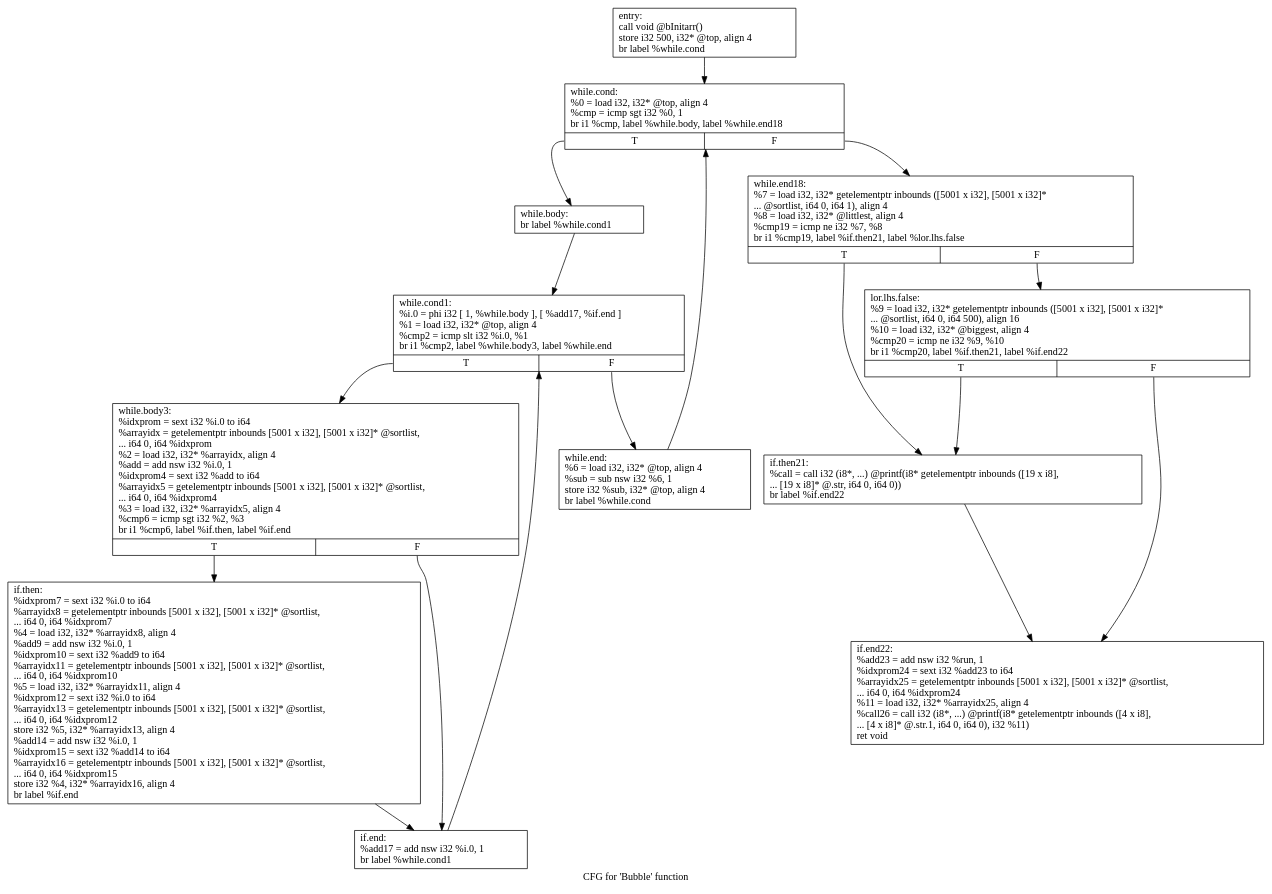
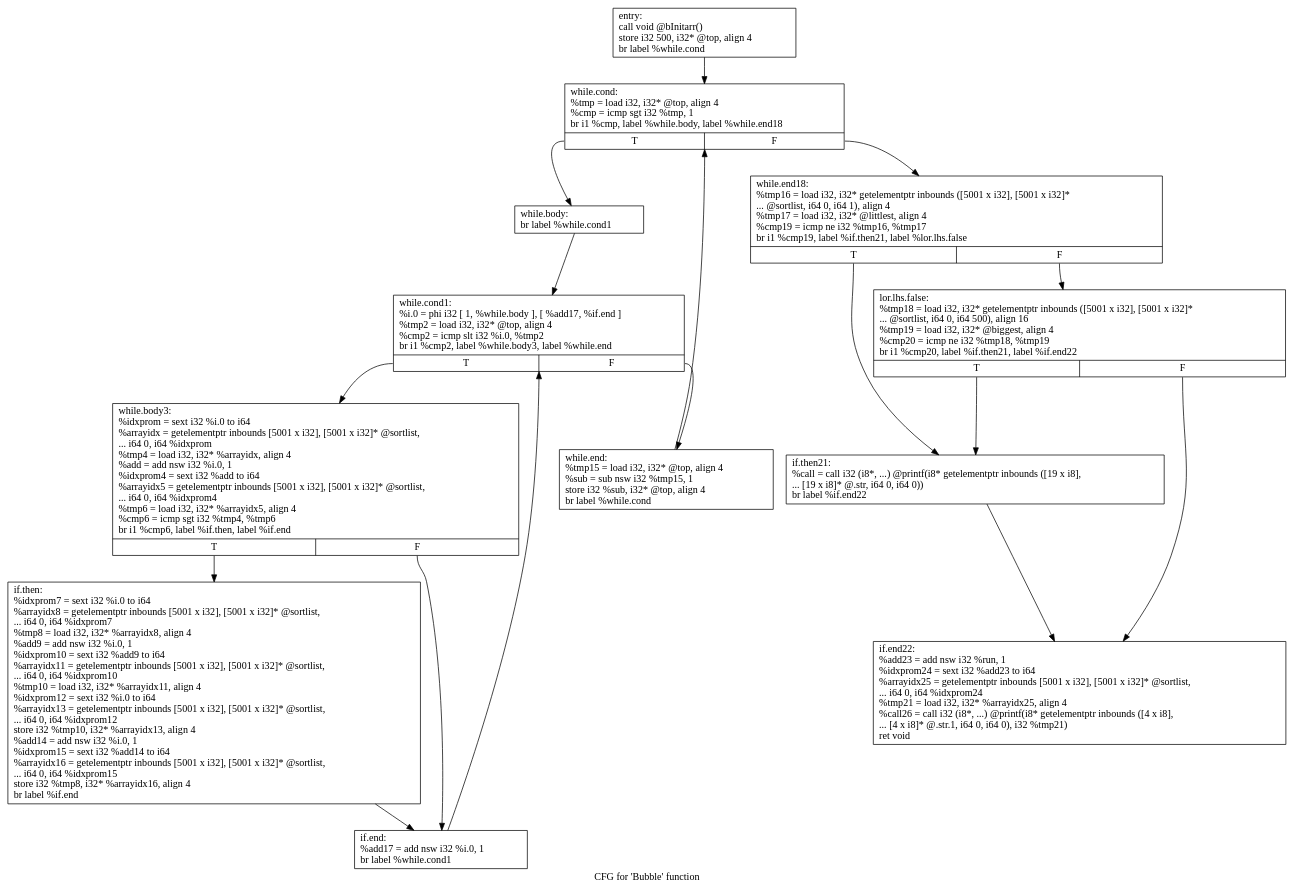
The diagram in .Bubble.dot (canesche/cfgPrinter), drawn with Graphviz before and after one commit. The commit also changed 116 other files, not shown here.

```diff
--- a/.Bubble.dot
+++ b/.Bubble.dot
@@ -1,32 +1,32 @@
 digraph "CFG for 'Bubble' function" {
 	label="CFG for 'Bubble' function";
 
-	Node0x9bcdd0 [shape=record,label="{entry:\l  call void @bInitarr()\l  store i32 500, i32* @top, align 4\l  br label %while.cond\l}"];
-	Node0x9bcdd0 -> Node0x9bcf60;
-	Node0x9bcf60 [shape=record,label="{while.cond:                                       \l  %0 = load i32, i32* @top, align 4\l  %cmp = icmp sgt i32 %0, 1\l  br i1 %cmp, label %while.body, label %while.end18\l|{<s0>T|<s1>F}}"];
-	Node0x9bcf60:s0 -> Node0x9bd070;
-	Node0x9bcf60:s1 -> Node0x9bd150;
-	Node0x9bd070 [shape=record,label="{while.body:                                       \l  br label %while.cond1\l}"];
-	Node0x9bd070 -> Node0x9bd2c0;
-	Node0x9bd2c0 [shape=record,label="{while.cond1:                                      \l  %i.0 = phi i32 [ 1, %while.body ], [ %add17, %if.end ]\l  %1 = load i32, i32* @top, align 4\l  %cmp2 = icmp slt i32 %i.0, %1\l  br i1 %cmp2, label %while.body3, label %while.end\l|{<s0>T|<s1>F}}"];
-	Node0x9bd2c0:s0 -> Node0x9bd670;
-	Node0x9bd2c0:s1 -> Node0x9bd750;
-	Node0x9bd670 [shape=record,label="{while.body3:                                      \l  %idxprom = sext i32 %i.0 to i64\l  %arrayidx = getelementptr inbounds [5001 x i32], [5001 x i32]* @sortlist,\l... i64 0, i64 %idxprom\l  %2 = load i32, i32* %arrayidx, align 4\l  %add = add nsw i32 %i.0, 1\l  %idxprom4 = sext i32 %add to i64\l  %arrayidx5 = getelementptr inbounds [5001 x i32], [5001 x i32]* @sortlist,\l... i64 0, i64 %idxprom4\l  %3 = load i32, i32* %arrayidx5, align 4\l  %cmp6 = icmp sgt i32 %2, %3\l  br i1 %cmp6, label %if.then, label %if.end\l|{<s0>T|<s1>F}}"];
-	Node0x9bd670:s0 -> Node0x9ba720;
-	Node0x9bd670:s1 -> Node0x9bd3f0;
-	Node0x9ba720 [shape=record,label="{if.then:                                          \l  %idxprom7 = sext i32 %i.0 to i64\l  %arrayidx8 = getelementptr inbounds [5001 x i32], [5001 x i32]* @sortlist,\l... i64 0, i64 %idxprom7\l  %4 = load i32, i32* %arrayidx8, align 4\l  %add9 = add nsw i32 %i.0, 1\l  %idxprom10 = sext i32 %add9 to i64\l  %arrayidx11 = getelementptr inbounds [5001 x i32], [5001 x i32]* @sortlist,\l... i64 0, i64 %idxprom10\l  %5 = load i32, i32* %arrayidx11, align 4\l  %idxprom12 = sext i32 %i.0 to i64\l  %arrayidx13 = getelementptr inbounds [5001 x i32], [5001 x i32]* @sortlist,\l... i64 0, i64 %idxprom12\l  store i32 %5, i32* %arrayidx13, align 4\l  %add14 = add nsw i32 %i.0, 1\l  %idxprom15 = sext i32 %add14 to i64\l  %arrayidx16 = getelementptr inbounds [5001 x i32], [5001 x i32]* @sortlist,\l... i64 0, i64 %idxprom15\l  store i32 %4, i32* %arrayidx16, align 4\l  br label %if.end\l}"];
-	Node0x9ba720 -> Node0x9bd3f0;
-	Node0x9bd3f0 [shape=record,label="{if.end:                                           \l  %add17 = add nsw i32 %i.0, 1\l  br label %while.cond1\l}"];
-	Node0x9bd3f0 -> Node0x9bd2c0;
-	Node0x9bd750 [shape=record,label="{while.end:                                        \l  %6 = load i32, i32* @top, align 4\l  %sub = sub nsw i32 %6, 1\l  store i32 %sub, i32* @top, align 4\l  br label %while.cond\l}"];
-	Node0x9bd750 -> Node0x9bcf60;
-	Node0x9bd150 [shape=record,label="{while.end18:                                      \l  %7 = load i32, i32* getelementptr inbounds ([5001 x i32], [5001 x i32]*\l... @sortlist, i64 0, i64 1), align 4\l  %8 = load i32, i32* @littlest, align 4\l  %cmp19 = icmp ne i32 %7, %8\l  br i1 %cmp19, label %if.then21, label %lor.lhs.false\l|{<s0>T|<s1>F}}"];
-	Node0x9bd150:s0 -> Node0x9ba9e0;
-	Node0x9bd150:s1 -> Node0x9bf9d0;
-	Node0x9bf9d0 [shape=record,label="{lor.lhs.false:                                    \l  %9 = load i32, i32* getelementptr inbounds ([5001 x i32], [5001 x i32]*\l... @sortlist, i64 0, i64 500), align 16\l  %10 = load i32, i32* @biggest, align 4\l  %cmp20 = icmp ne i32 %9, %10\l  br i1 %cmp20, label %if.then21, label %if.end22\l|{<s0>T|<s1>F}}"];
-	Node0x9bf9d0:s0 -> Node0x9ba9e0;
-	Node0x9bf9d0:s1 -> Node0x9bfce0;
-	Node0x9ba9e0 [shape=record,label="{if.then21:                                        \l  %call = call i32 (i8*, ...) @printf(i8* getelementptr inbounds ([19 x i8],\l... [19 x i8]* @.str, i64 0, i64 0))\l  br label %if.end22\l}"];
-	Node0x9ba9e0 -> Node0x9bfce0;
-	Node0x9bfce0 [shape=record,label="{if.end22:                                         \l  %add23 = add nsw i32 %run, 1\l  %idxprom24 = sext i32 %add23 to i64\l  %arrayidx25 = getelementptr inbounds [5001 x i32], [5001 x i32]* @sortlist,\l... i64 0, i64 %idxprom24\l  %11 = load i32, i32* %arrayidx25, align 4\l  %call26 = call i32 (i8*, ...) @printf(i8* getelementptr inbounds ([4 x i8],\l... [4 x i8]* @.str.1, i64 0, i64 0), i32 %11)\l  ret void\l}"];
+	Node0x18a9f70 [shape=record,label="{entry:\l  call void @bInitarr()\l  store i32 500, i32* @top, align 4\l  br label %while.cond\l}"];
+	Node0x18a9f70 -> Node0x18aa100;
+	Node0x18aa100 [shape=record,label="{while.cond:                                       \l  %tmp = load i32, i32* @top, align 4\l  %cmp = icmp sgt i32 %tmp, 1\l  br i1 %cmp, label %while.body, label %while.end18\l|{<s0>T|<s1>F}}"];
+	Node0x18aa100:s0 -> Node0x18aa210;
+	Node0x18aa100:s1 -> Node0x18aa2f0;
+	Node0x18aa210 [shape=record,label="{while.body:                                       \l  br label %while.cond1\l}"];
+	Node0x18aa210 -> Node0x18aa460;
+	Node0x18aa460 [shape=record,label="{while.cond1:                                      \l  %i.0 = phi i32 [ 1, %while.body ], [ %add17, %if.end ]\l  %tmp2 = load i32, i32* @top, align 4\l  %cmp2 = icmp slt i32 %i.0, %tmp2\l  br i1 %cmp2, label %while.body3, label %while.end\l|{<s0>T|<s1>F}}"];
+	Node0x18aa460:s0 -> Node0x18a77c0;
+	Node0x18aa460:s1 -> Node0x18a7a40;
+	Node0x18a77c0 [shape=record,label="{while.body3:                                      \l  %idxprom = sext i32 %i.0 to i64\l  %arrayidx = getelementptr inbounds [5001 x i32], [5001 x i32]* @sortlist,\l... i64 0, i64 %idxprom\l  %tmp4 = load i32, i32* %arrayidx, align 4\l  %add = add nsw i32 %i.0, 1\l  %idxprom4 = sext i32 %add to i64\l  %arrayidx5 = getelementptr inbounds [5001 x i32], [5001 x i32]* @sortlist,\l... i64 0, i64 %idxprom4\l  %tmp6 = load i32, i32* %arrayidx5, align 4\l  %cmp6 = icmp sgt i32 %tmp4, %tmp6\l  br i1 %cmp6, label %if.then, label %if.end\l|{<s0>T|<s1>F}}"];
+	Node0x18a77c0:s0 -> Node0x18ab8a0;
+	Node0x18a77c0:s1 -> Node0x18aa590;
+	Node0x18ab8a0 [shape=record,label="{if.then:                                          \l  %idxprom7 = sext i32 %i.0 to i64\l  %arrayidx8 = getelementptr inbounds [5001 x i32], [5001 x i32]* @sortlist,\l... i64 0, i64 %idxprom7\l  %tmp8 = load i32, i32* %arrayidx8, align 4\l  %add9 = add nsw i32 %i.0, 1\l  %idxprom10 = sext i32 %add9 to i64\l  %arrayidx11 = getelementptr inbounds [5001 x i32], [5001 x i32]* @sortlist,\l... i64 0, i64 %idxprom10\l  %tmp10 = load i32, i32* %arrayidx11, align 4\l  %idxprom12 = sext i32 %i.0 to i64\l  %arrayidx13 = getelementptr inbounds [5001 x i32], [5001 x i32]* @sortlist,\l... i64 0, i64 %idxprom12\l  store i32 %tmp10, i32* %arrayidx13, align 4\l  %add14 = add nsw i32 %i.0, 1\l  %idxprom15 = sext i32 %add14 to i64\l  %arrayidx16 = getelementptr inbounds [5001 x i32], [5001 x i32]* @sortlist,\l... i64 0, i64 %idxprom15\l  store i32 %tmp8, i32* %arrayidx16, align 4\l  br label %if.end\l}"];
+	Node0x18ab8a0 -> Node0x18aa590;
+	Node0x18aa590 [shape=record,label="{if.end:                                           \l  %add17 = add nsw i32 %i.0, 1\l  br label %while.cond1\l}"];
+	Node0x18aa590 -> Node0x18aa460;
+	Node0x18a7a40 [shape=record,label="{while.end:                                        \l  %tmp15 = load i32, i32* @top, align 4\l  %sub = sub nsw i32 %tmp15, 1\l  store i32 %sub, i32* @top, align 4\l  br label %while.cond\l}"];
+	Node0x18a7a40 -> Node0x18aa100;
+	Node0x18aa2f0 [shape=record,label="{while.end18:                                      \l  %tmp16 = load i32, i32* getelementptr inbounds ([5001 x i32], [5001 x i32]*\l... @sortlist, i64 0, i64 1), align 4\l  %tmp17 = load i32, i32* @littlest, align 4\l  %cmp19 = icmp ne i32 %tmp16, %tmp17\l  br i1 %cmp19, label %if.then21, label %lor.lhs.false\l|{<s0>T|<s1>F}}"];
+	Node0x18aa2f0:s0 -> Node0x18acb20;
+	Node0x18aa2f0:s1 -> Node0x18acc00;
+	Node0x18acc00 [shape=record,label="{lor.lhs.false:                                    \l  %tmp18 = load i32, i32* getelementptr inbounds ([5001 x i32], [5001 x i32]*\l... @sortlist, i64 0, i64 500), align 16\l  %tmp19 = load i32, i32* @biggest, align 4\l  %cmp20 = icmp ne i32 %tmp18, %tmp19\l  br i1 %cmp20, label %if.then21, label %if.end22\l|{<s0>T|<s1>F}}"];
+	Node0x18acc00:s0 -> Node0x18acb20;
+	Node0x18acc00:s1 -> Node0x18acf50;
+	Node0x18acb20 [shape=record,label="{if.then21:                                        \l  %call = call i32 (i8*, ...) @printf(i8* getelementptr inbounds ([19 x i8],\l... [19 x i8]* @.str, i64 0, i64 0))\l  br label %if.end22\l}"];
+	Node0x18acb20 -> Node0x18acf50;
+	Node0x18acf50 [shape=record,label="{if.end22:                                         \l  %add23 = add nsw i32 %run, 1\l  %idxprom24 = sext i32 %add23 to i64\l  %arrayidx25 = getelementptr inbounds [5001 x i32], [5001 x i32]* @sortlist,\l... i64 0, i64 %idxprom24\l  %tmp21 = load i32, i32* %arrayidx25, align 4\l  %call26 = call i32 (i8*, ...) @printf(i8* getelementptr inbounds ([4 x i8],\l... [4 x i8]* @.str.1, i64 0, i64 0), i32 %tmp21)\l  ret void\l}"];
 }
```
